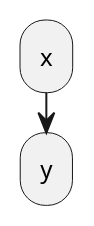
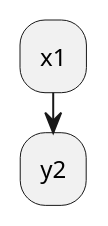
One commit to xhao79/xhao79.github.io changed the third of 3 diagrams in _posts/2018-11-17-PlantUML.md. Above: the diagram before and after it, drawn with PlantUML.

Commit message:
change the code

````diff
--- a/_posts/2018-11-17-PlantUML.md
+++ b/_posts/2018-11-17-PlantUML.md
@@ -130,8 +130,8 @@
 ```plantuml
 @startuml
 
-:x;
-:y;
+:x1;
+:y2;
 
 @enduml
 ```
````
